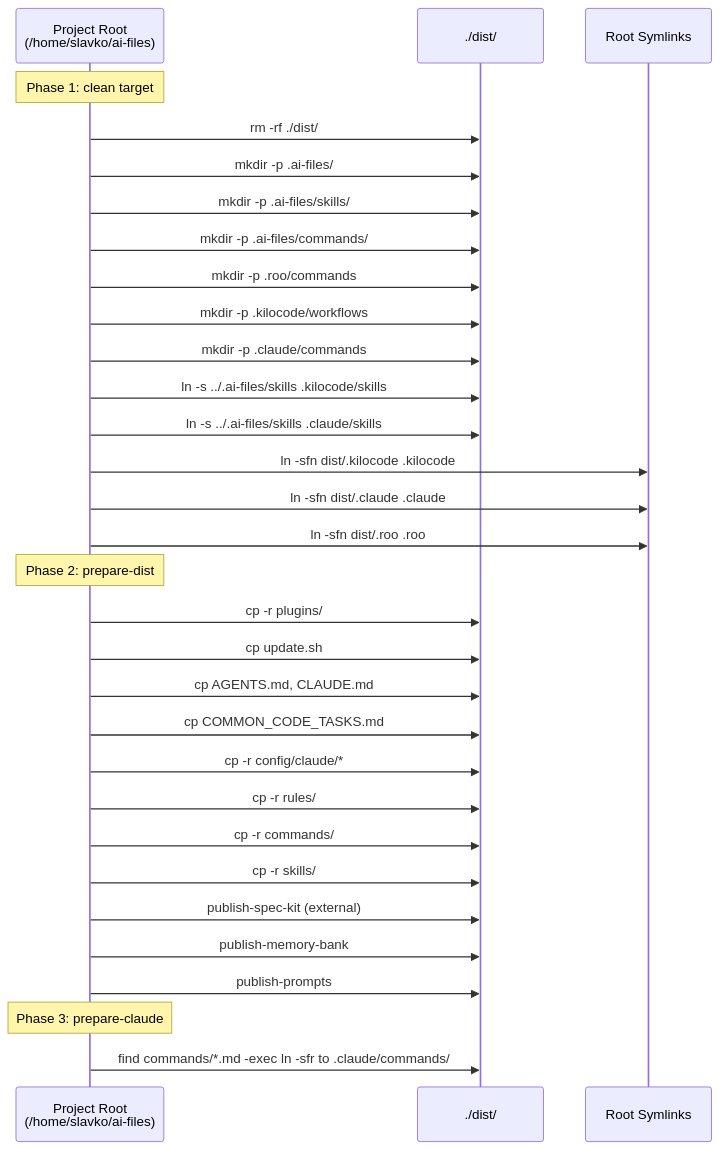
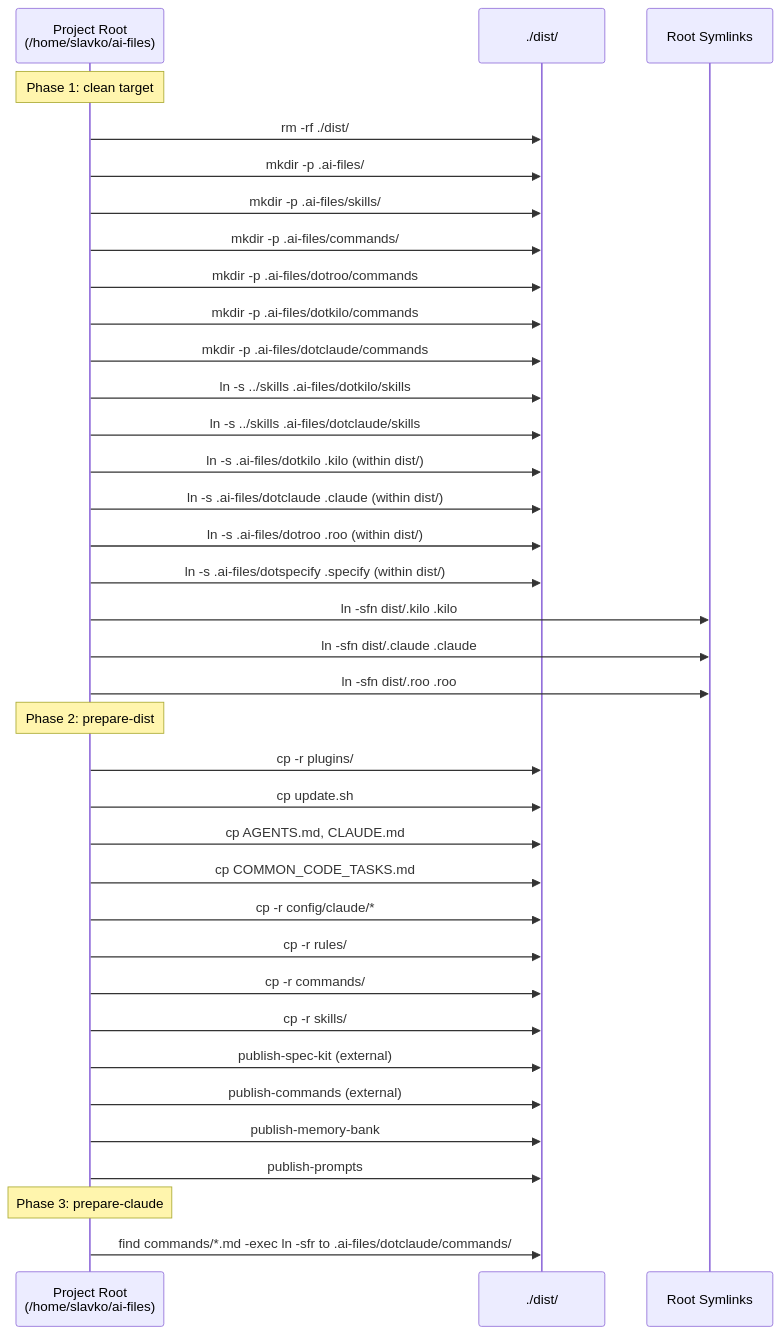
One commit to Voronenko/ai-files changed the second of 3 diagrams in docs/makefile-readme.md. Above: the diagram before and after it, drawn with Mermaid. The commit also changed other lines of this file and 7 other files, not shown here.

Commit message:
adjusted for .kilocode=>.kilo transition due to extension update

````diff
--- a/docs/makefile-readme.md
+++ b/docs/makefile-readme.md
@@ -51,36 +51,41 @@
 ```mermaid
 sequenceDiagram
     participant Source as Project Root<br/>(/home/slavko/ai-files)
     participant Dist as ./dist/
     participant Symlinks as Root Symlinks
 
     Note over Source: Phase 1: clean target
     Source->>Dist: rm -rf ./dist/
     Source->>Dist: mkdir -p .ai-files/
     Source->>Dist: mkdir -p .ai-files/skills/
     Source->>Dist: mkdir -p .ai-files/commands/
-    Source->>Dist: mkdir -p .roo/commands
-    Source->>Dist: mkdir -p .kilocode/workflows
-    Source->>Dist: mkdir -p .claude/commands
-    Source->>Dist: ln -s ../.ai-files/skills .kilocode/skills
-    Source->>Dist: ln -s ../.ai-files/skills .claude/skills
-    Source->>Symlinks: ln -sfn dist/.kilocode .kilocode
+    Source->>Dist: mkdir -p .ai-files/dotroo/commands
+    Source->>Dist: mkdir -p .ai-files/dotkilo/commands
+    Source->>Dist: mkdir -p .ai-files/dotclaude/commands
+    Source->>Dist: ln -s ../skills .ai-files/dotkilo/skills
+    Source->>Dist: ln -s ../skills .ai-files/dotclaude/skills
+    Source->>Dist: ln -s .ai-files/dotkilo .kilo (within dist/)
+    Source->>Dist: ln -s .ai-files/dotclaude .claude (within dist/)
+    Source->>Dist: ln -s .ai-files/dotroo .roo (within dist/)
+    Source->>Dist: ln -s .ai-files/dotspecify .specify (within dist/)
+    Source->>Symlinks: ln -sfn dist/.kilo .kilo
     Source->>Symlinks: ln -sfn dist/.claude .claude
     Source->>Symlinks: ln -sfn dist/.roo .roo
 
     Note over Source: Phase 2: prepare-dist
     Source->>Dist: cp -r plugins/
     Source->>Dist: cp update.sh
     Source->>Dist: cp AGENTS.md, CLAUDE.md
     Source->>Dist: cp COMMON_CODE_TASKS.md
     Source->>Dist: cp -r config/claude/*
     Source->>Dist: cp -r rules/
     Source->>Dist: cp -r commands/
     Source->>Dist: cp -r skills/
     Source->>Dist: publish-spec-kit (external)
+    Source->>Dist: publish-commands (external)
     Source->>Dist: publish-memory-bank
     Source->>Dist: publish-prompts
 
     Note over Source: Phase 3: prepare-claude
-    Source->>Dist: find commands/*.md -exec ln -sfr to .claude/commands/
+    Source->>Dist: find commands/*.md -exec ln -sfr to .ai-files/dotclaude/commands/
 ```
````
